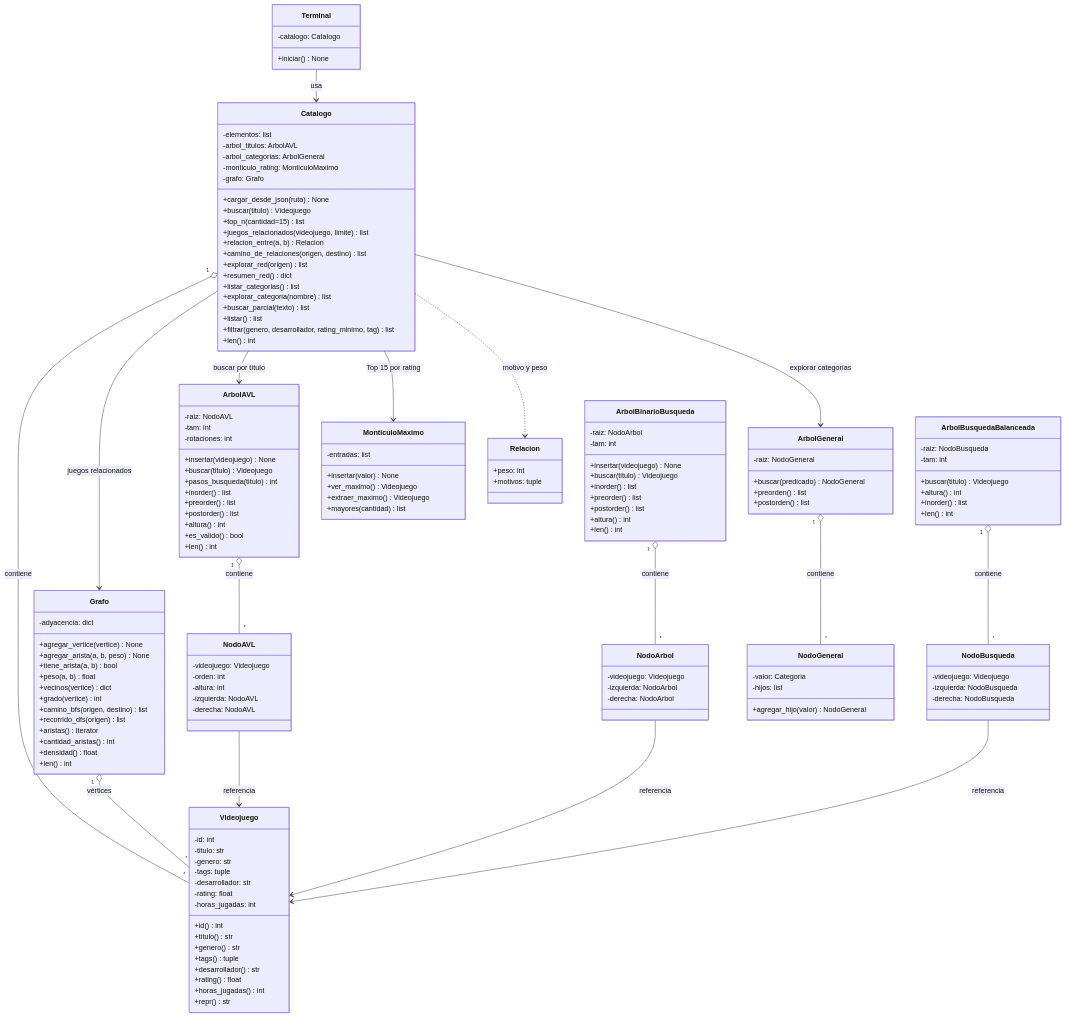
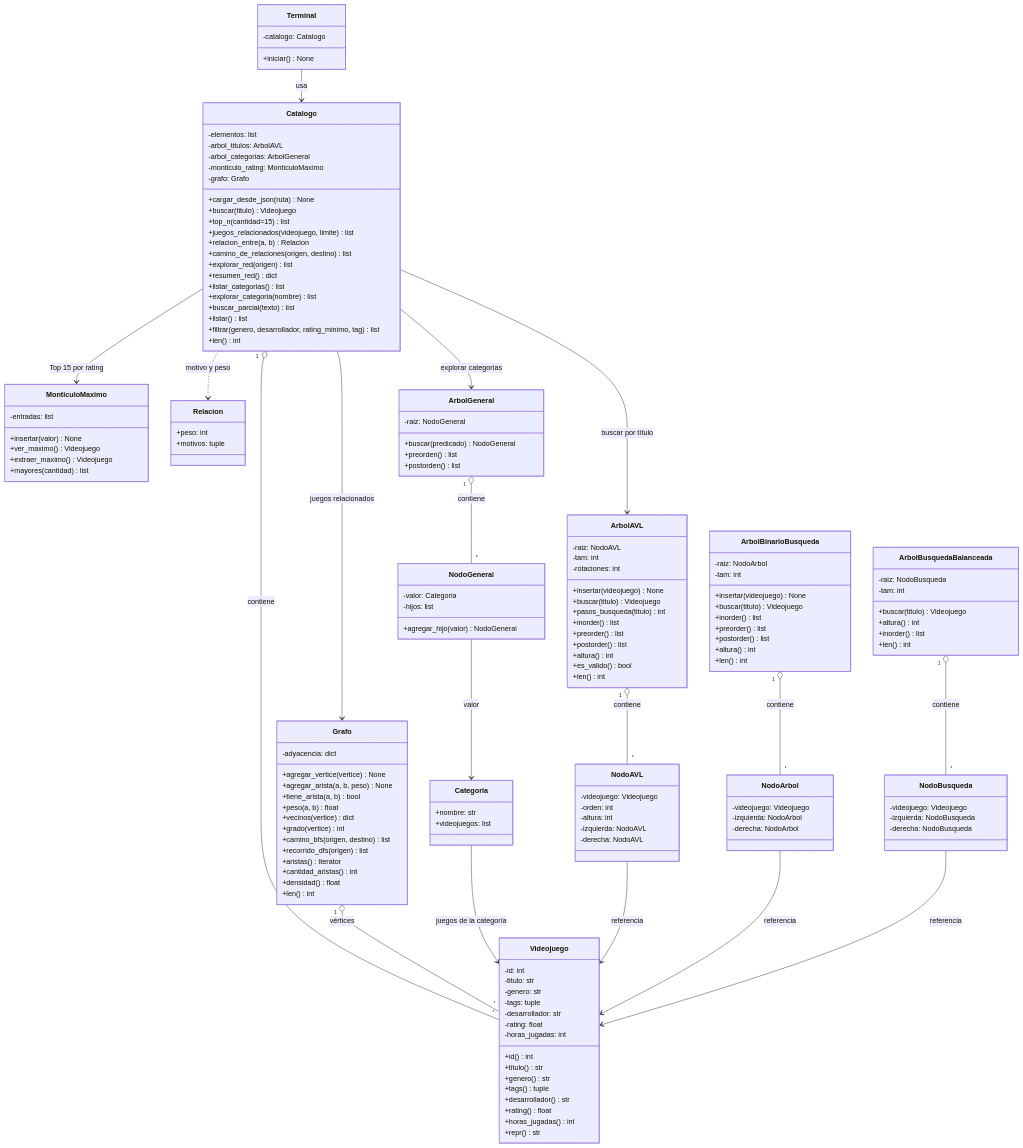
Before and after one commit to Dasein369/tpi_edd2026_recomendador: the diagram in docs/03_diagrama_clases.md, drawn with Mermaid. The commit also changed other lines of this file and 12 other files, not shown here.

```diff
--- a/docs/03_diagrama_clases.md
+++ b/docs/03_diagrama_clases.md
@@ -148,6 +148,11 @@
         +agregar_hijo(valor) NodoGeneral
     }
 
+    class Categoria {
+        +nombre: str
+        +videojuegos: list
+    }
+
     Terminal --> Catalogo : usa
     Catalogo "1" o-- "*" Videojuego : contiene
     Catalogo --> ArbolAVL : buscar por título
@@ -157,6 +162,8 @@
     Grafo "1" o-- "*" Videojuego : vértices
     Catalogo ..> Relacion : motivo y peso
     ArbolGeneral "1" o-- "*" NodoGeneral : contiene
+    NodoGeneral --> Categoria : valor
+    Categoria --> Videojuego : juegos de la categoría
     ArbolAVL "1" o-- "*" NodoAVL : contiene
     NodoAVL --> Videojuego : referencia
     ArbolBinarioBusqueda "1" o-- "*" NodoArbol : contiene
```
